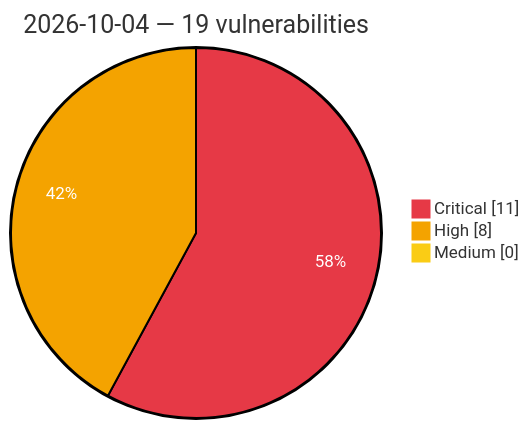
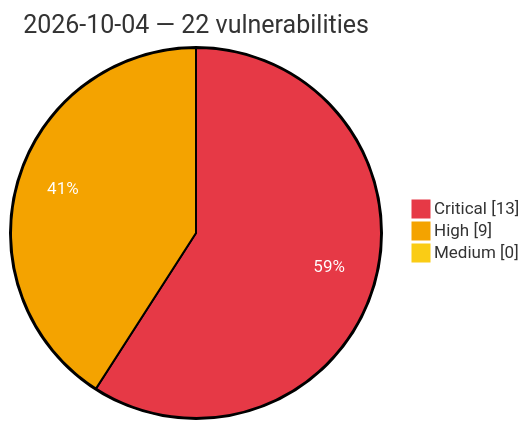
The diagram in vulnerabilities/2026/October/2026-10-04.md (GhostX0X/vuln-tracker), drawn with Mermaid before and after one commit. The commit also changed other lines of this file and 8 other files, not shown here.

Commit message:
Auto update: critical/high vulns (2026-10-05 04:03 UTC)

````diff
--- a/vulnerabilities/2026/October/2026-10-04.md
+++ b/vulnerabilities/2026/October/2026-10-04.md
@@ -3,8 +3,8 @@
 ```mermaid
 %%{init: {'theme':'base', 'themeVariables': {'pie1':'#e63946', 'pie2':'#f4a300', 'pie3':'#facc15', 'pieOpacity':'1', 'pieOuterStrokeWidth':'2px', 'pieSectionTextColor':'#ffffff'}}}%%
 pie showData
-    title 2026-10-04 — 19 vulnerabilities
-    "Critical" : 11
-    "High" : 8
+    title 2026-10-04 — 22 vulnerabilities
+    "Critical" : 13
+    "High" : 9
     "Medium" : 0
 ```
````
